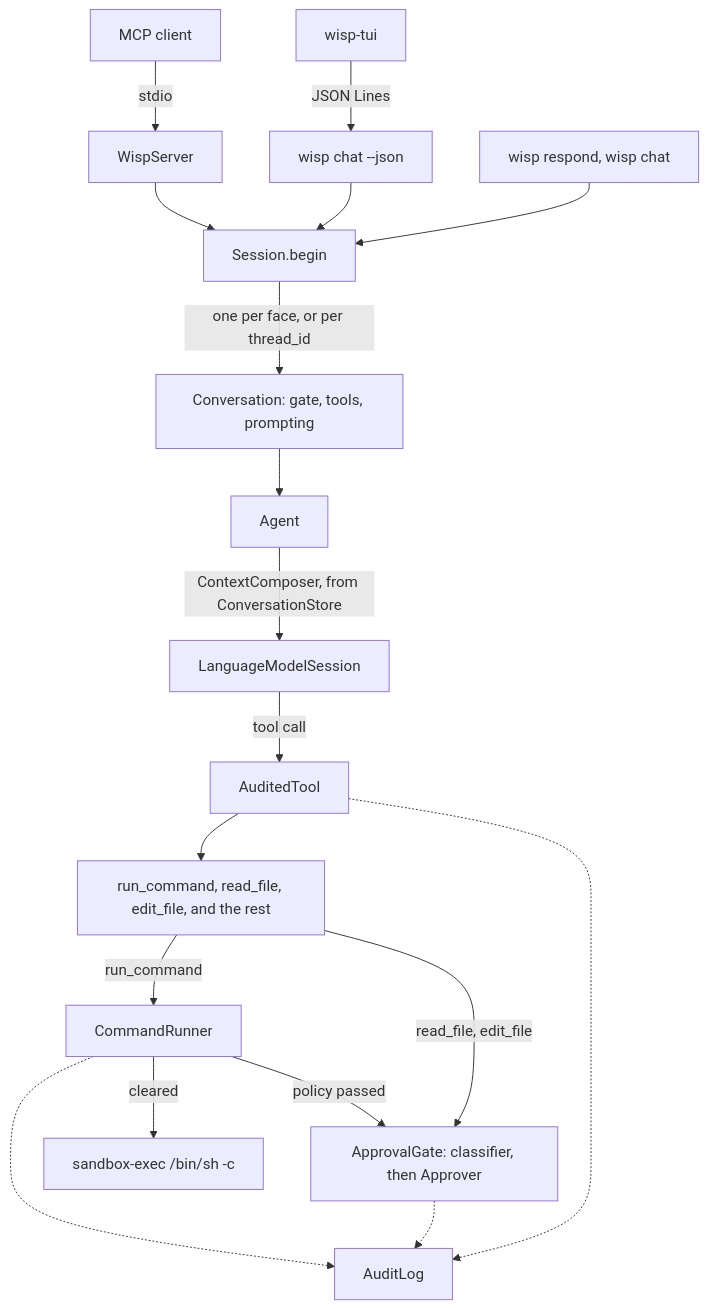
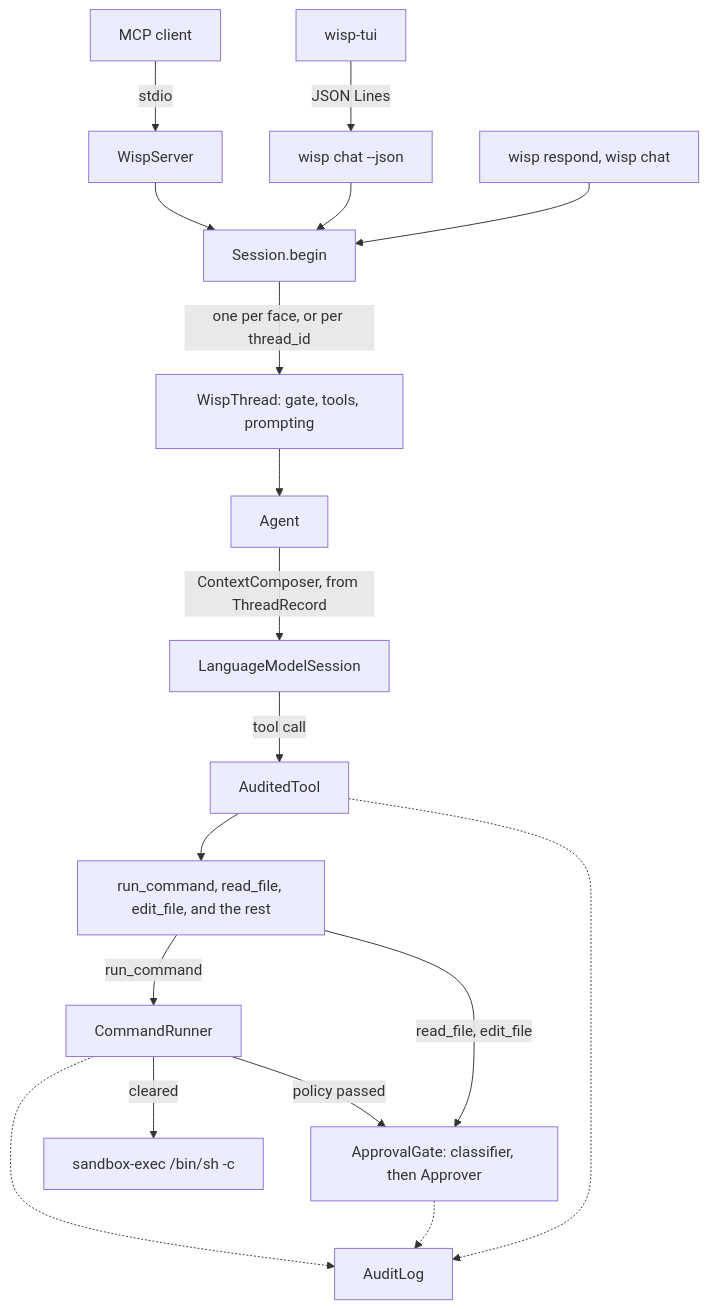
Before and after one commit to pidster/wisp: the diagram in docs/design.md, drawn with Mermaid. The commit also changed other lines of this file and 62 other files, not shown here.

````diff
--- a/docs/design.md
+++ b/docs/design.md
@@ -9,20 +9,20 @@
 ```mermaid
 flowchart TD
     cli["wisp respond, wisp chat"] --> begin["Session.begin"]
     tui["wisp-tui"] -->|"JSON Lines"| json["wisp chat --json"]
     json --> begin
     client["MCP client"] -->|stdio| server["WispServer"]
     server --> begin
-    begin -->|"one per face, or per thread_id"| conv["Conversation: gate, tools, prompting"]
+    begin -->|"one per face, or per thread_id"| conv["WispThread: gate, tools, prompting"]
     conv --> agent["Agent"]
-    agent -->|"ContextComposer, from ConversationStore"| lms["LanguageModelSession"]
+    agent -->|"ContextComposer, from ThreadRecord"| lms["LanguageModelSession"]
     lms -->|"tool call"| audited["AuditedTool"]
     audited --> tools["run_command, read_file, edit_file, and the rest"]
     tools -->|run_command| runner["CommandRunner"]
     tools -->|"read_file, edit_file"| gate
     runner -->|"policy passed"| gate["ApprovalGate: classifier, then Approver"]
     runner -->|"cleared"| sandbox["sandbox-exec /bin/sh -c"]
     audited -.-> audit["AuditLog"]
     gate -.-> audit
     runner -.-> audit
 ```
````
